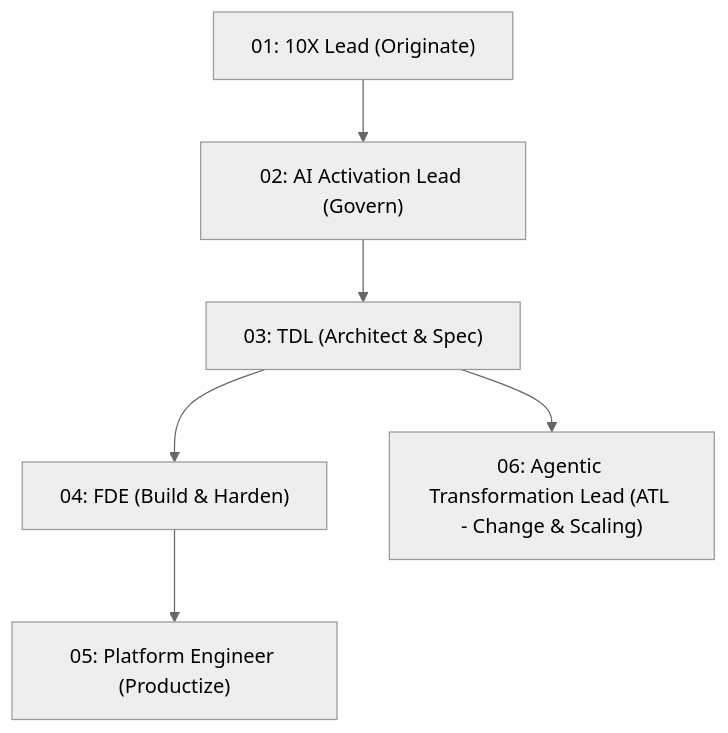
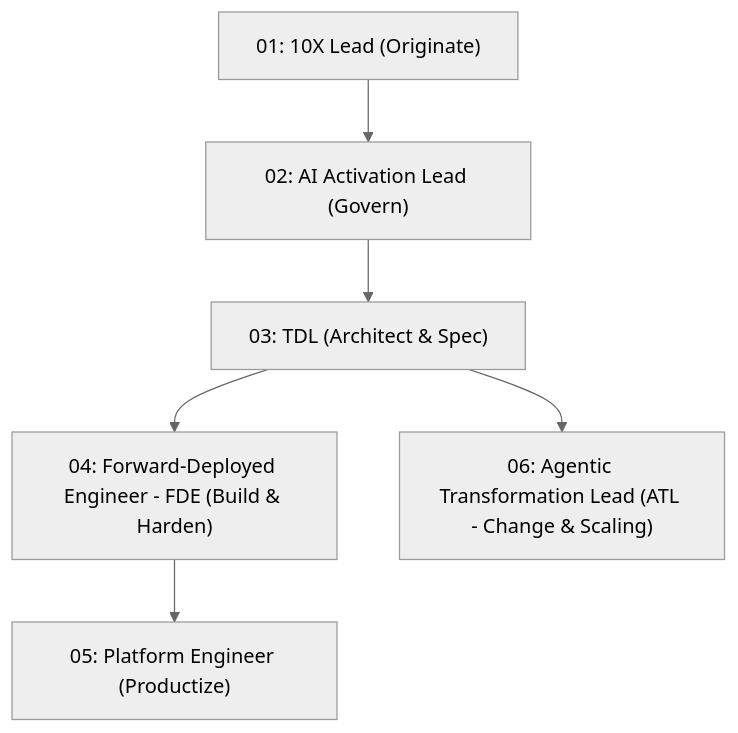
The diagram in skills/tdl-field-guide/SKILL.md (enriquekalven/delta-skills), drawn with Mermaid (neutral theme) before and after one commit. The commit also changed other lines of this file and 1 other file, not shown here.

````diff
--- a/skills/tdl-field-guide/SKILL.md
+++ b/skills/tdl-field-guide/SKILL.md
@@ -46,8 +45,8 @@
 ```mermaid
 graph TD
     A["01: 10X Lead (Originate)"] --> B["02: AI Activation Lead (Govern)"]
     B --> C["03: TDL (Architect & Spec)"]
-    C --> D["04: FDE (Build & Harden)"]
+    C --> D["04: Forward-Deployed Engineer - FDE (Build & Harden)"]
     D --> E["05: Platform Engineer (Productize)"]
     C --> F["06: Agentic Transformation Lead (ATL - Change & Scaling)"]
 ```
````
